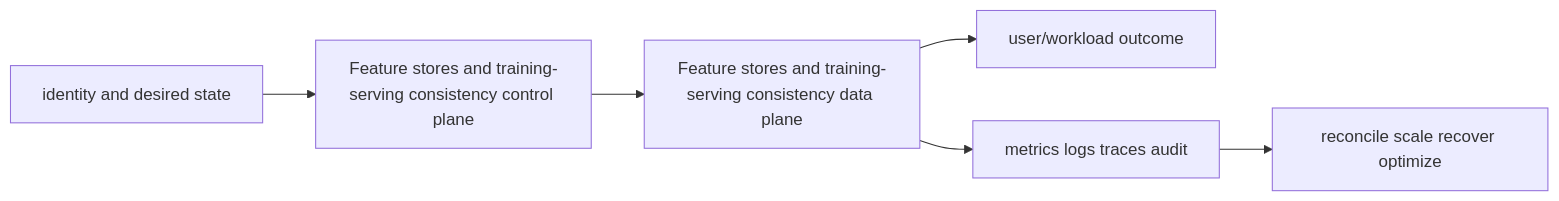
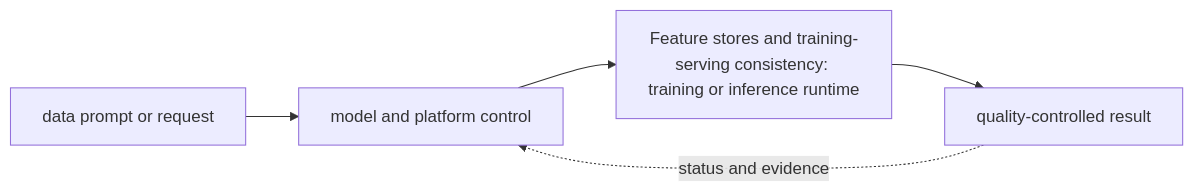
Before and after one commit to tomkidumbuyo/DevOps-interview-preparation: the diagram in 11-ai-platform/08-mlops-and-llmops-lifecycle/04-feature-store-training-serving/README.md, drawn with Mermaid. The commit also changed other lines of this file and 753 other files, not shown here.

````diff
--- a/11-ai-platform/08-mlops-and-llmops-lifecycle/04-feature-store-training-serving/README.md
+++ b/11-ai-platform/08-mlops-and-llmops-lifecycle/04-feature-store-training-serving/README.md
@@ -19,8 +31,7 @@
 ```mermaid
 flowchart LR
-  I[identity and desired state] --> C[Feature stores and training-serving consistency control plane]
-  C --> D[Feature stores and training-serving consistency data plane]
-  D --> U[user/workload outcome]
-  D --> O[metrics logs traces audit]
-  O --> R[reconcile scale recover optimize]
+  A["data prompt or request"] --> B["model and platform control"]
+  B --> C["Feature stores and training-serving consistency: training or inference runtime"]
+  C --> D["quality-controlled result"]
+  D -. "status and evidence" .-> B
 ```
````
